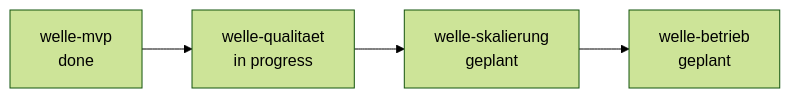
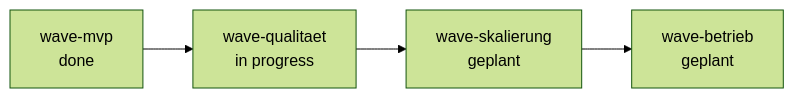
Before and after one commit to pt9912/ai-harness-course: the diagram in lab/example/docs/plan/planning/in-progress/roadmap.md, drawn with Mermaid (forest theme). The commit also changed other lines of this file and 136 other files, not shown here.

````diff
--- a/lab/example/docs/plan/planning/in-progress/roadmap.md
+++ b/lab/example/docs/plan/planning/in-progress/roadmap.md
@@ -35,11 +35,11 @@
 ```mermaid
 flowchart LR
-    W1[welle-mvp<br/>done]
-    W2[welle-qualitaet<br/>in progress]
-    W3[welle-skalierung<br/>geplant]
-    W4[welle-betrieb<br/>geplant]
+    W1[wave-mvp<br/>done]
+    W2[wave-qualitaet<br/>in progress]
+    W3[wave-skalierung<br/>geplant]
+    W4[wave-betrieb<br/>geplant]
 
     W1 --> W2
     W2 --> W3
     W3 --> W4
 ```
````
